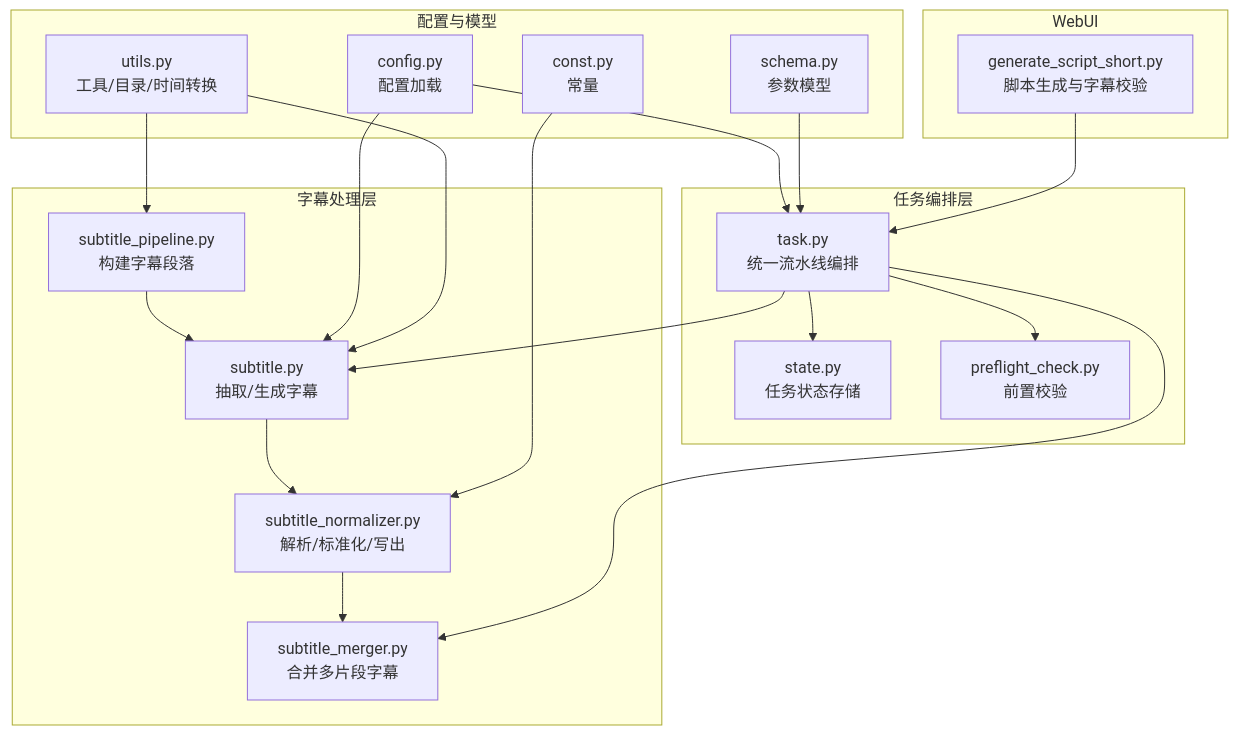
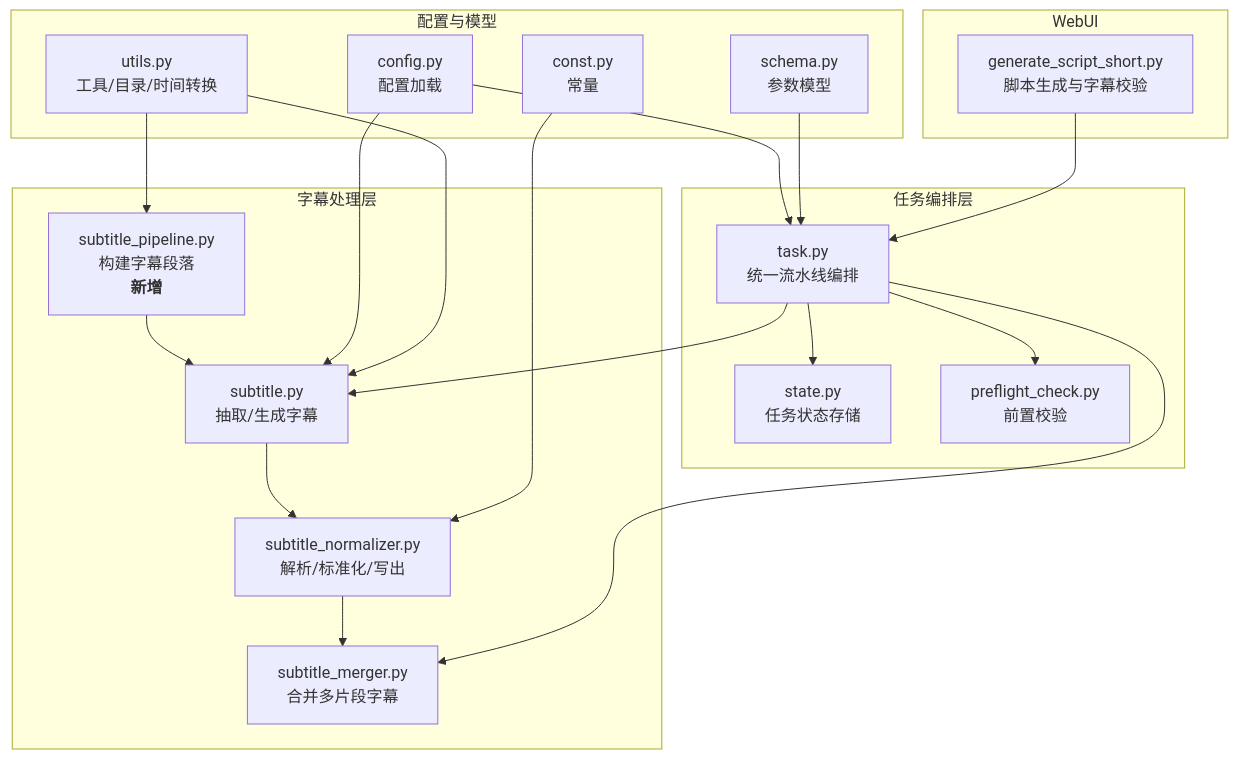
One commit to wowoduang/AIVideoClaude changed the first of 8 diagrams in .qoder/repowiki/zh/content/核心功能/字幕处理系统/字幕流水线.md. Above: the diagram before and after it, drawn with Mermaid. The commit also changed other lines of this file and 26 other files, not shown here.

````diff
--- a/.qoder/repowiki/zh/content/核心功能/字幕处理系统/字幕流水线.md
+++ b/.qoder/repowiki/zh/content/核心功能/字幕处理系统/字幕流水线.md
@@ -44,37 +47,37 @@
 ```mermaid
 graph TB
 subgraph "字幕处理层"
-SP["subtitle_pipeline.py<br/>构建字幕段落"]
+SP["subtitle_pipeline.py<br/>构建字幕段落<br/><b>新增</b>"]
 S["subtitle.py<br/>抽取/生成字幕"]
 SN["subtitle_normalizer.py<br/>解析/标准化/写出"]
 SM["subtitle_merger.py<br/>合并多片段字幕"]
 end
 subgraph "任务编排层"
 T["task.py<br/>统一流水线编排"]
 ST["state.py<br/>任务状态存储"]
 PF["preflight_check.py<br/>前置校验"]
 end
 subgraph "配置与模型"
 CFG["config.py<br/>配置加载"]
 SCH["schema.py<br/>参数模型"]
 CONST["const.py<br/>常量"]
 U["utils.py<br/>工具/目录/时间转换"]
 end
 subgraph "WebUI"
 GSS["generate_script_short.py<br/>脚本生成与字幕校验"]
 end
 SP --> S
 S --> SN
 SN --> SM
 T --> S
 T --> SM
 T --> ST
 T --> PF
 CFG --> S
 CFG --> T
 SCH --> T
 CONST --> SN
 U --> S
 U --> SP
 GSS --> T
 ```
````
